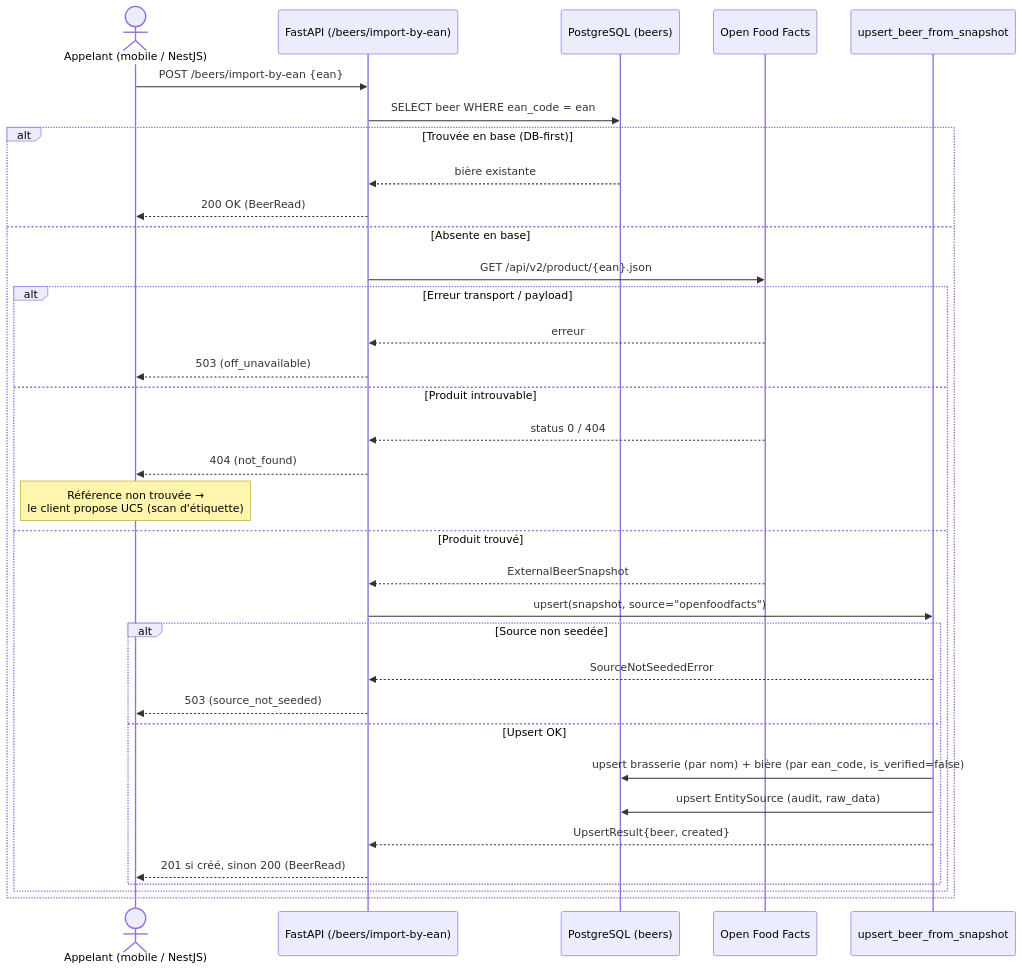
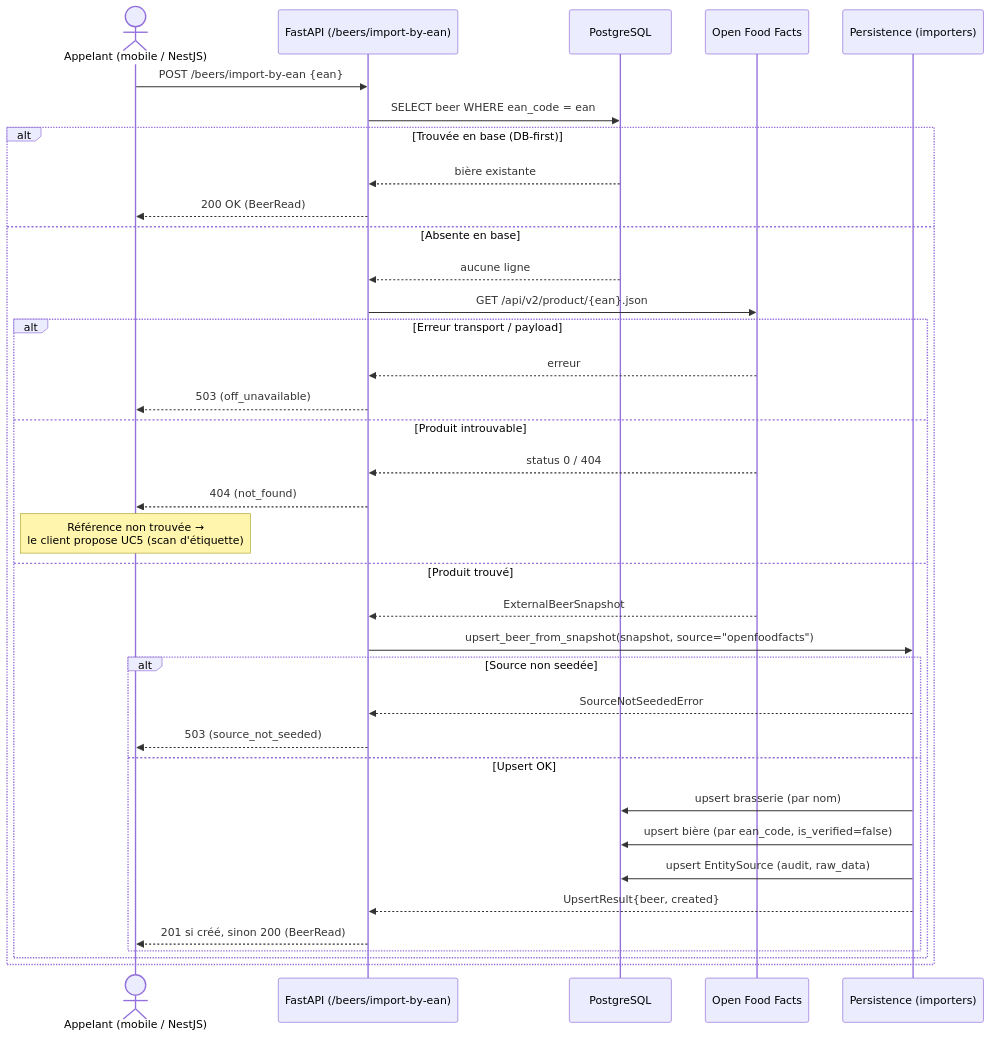
Before and after one commit to benoit-bremaud/brasse-bouillon: the first of 2 diagrams in docs/architecture/diagrams/beer-encyclopedia/02-sequence-import-by-ean.md, drawn with Mermaid. The commit also changed other lines of this file, not shown here.

First line of the commit message:
docs(beer-encyclopedia): finalize UC4 sequence — add PlantUML, fix participants, DB-miss return, split upserts

````diff
--- a/docs/architecture/diagrams/beer-encyclopedia/02-sequence-import-by-ean.md
+++ b/docs/architecture/diagrams/beer-encyclopedia/02-sequence-import-by-ean.md
@@ -23,37 +23,39 @@
 ```mermaid
 sequenceDiagram
   actor C as Appelant (mobile / NestJS)
   participant API as FastAPI (/beers/import-by-ean)
-  participant DB as PostgreSQL (beers)
+  participant DB as PostgreSQL
   participant OFFAPI as Open Food Facts
-  participant P as upsert_beer_from_snapshot
+  participant P as Persistence (importers)
 
   C->>API: POST /beers/import-by-ean {ean}
   API->>DB: SELECT beer WHERE ean_code = ean
   alt Trouvée en base (DB-first)
     DB-->>API: bière existante
     API-->>C: 200 OK (BeerRead)
   else Absente en base
+    DB-->>API: aucune ligne
     API->>OFFAPI: GET /api/v2/product/{ean}.json
     alt Erreur transport / payload
       OFFAPI-->>API: erreur
       API-->>C: 503 (off_unavailable)
     else Produit introuvable
       OFFAPI-->>API: status 0 / 404
       API-->>C: 404 (not_found)
       Note over C: Référence non trouvée →<br/>le client propose UC5 (scan d'étiquette)
     else Produit trouvé
       OFFAPI-->>API: ExternalBeerSnapshot
-      API->>P: upsert(snapshot, source="openfoodfacts")
+      API->>P: upsert_beer_from_snapshot(snapshot, source="openfoodfacts")
       alt Source non seedée
         P-->>API: SourceNotSeededError
         API-->>C: 503 (source_not_seeded)
       else Upsert OK
-        P->>DB: upsert brasserie (par nom) + bière (par ean_code, is_verified=false)
+        P->>DB: upsert brasserie (par nom)
+        P->>DB: upsert bière (par ean_code, is_verified=false)
         P->>DB: upsert EntitySource (audit, raw_data)
         P-->>API: UpsertResult{beer, created}
         API-->>C: 201 si créé, sinon 200 (BeerRead)
       end
     end
   end
 ```
````
